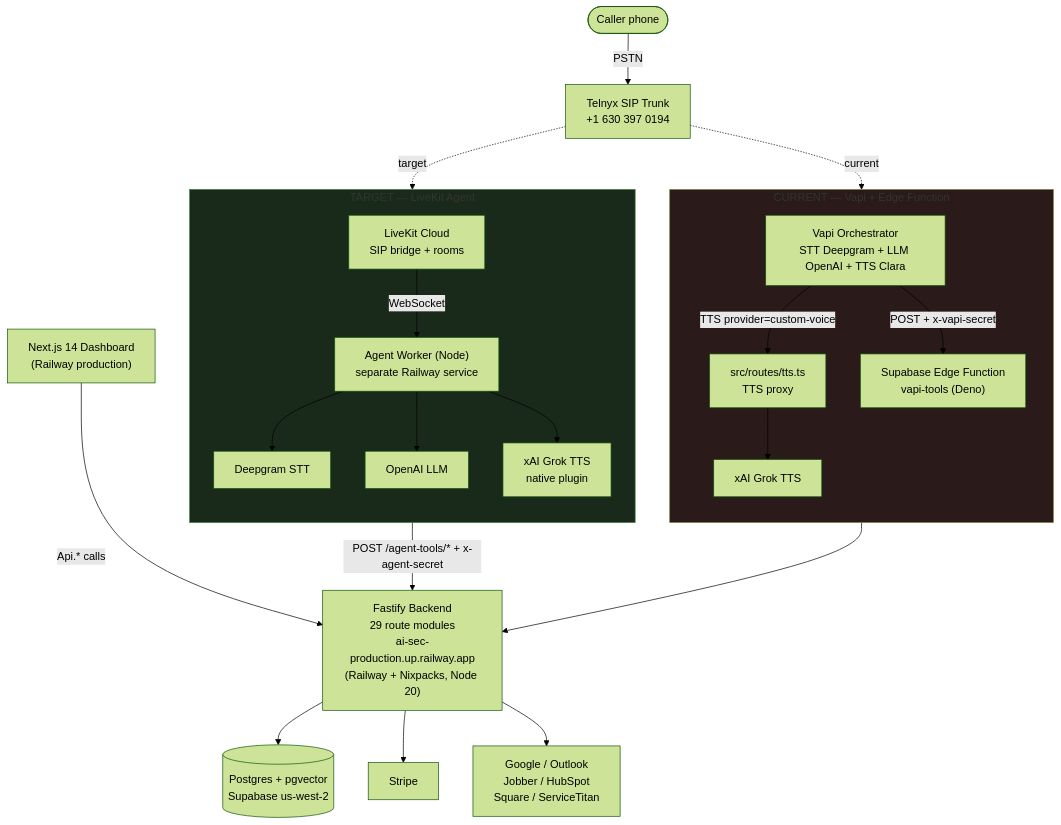
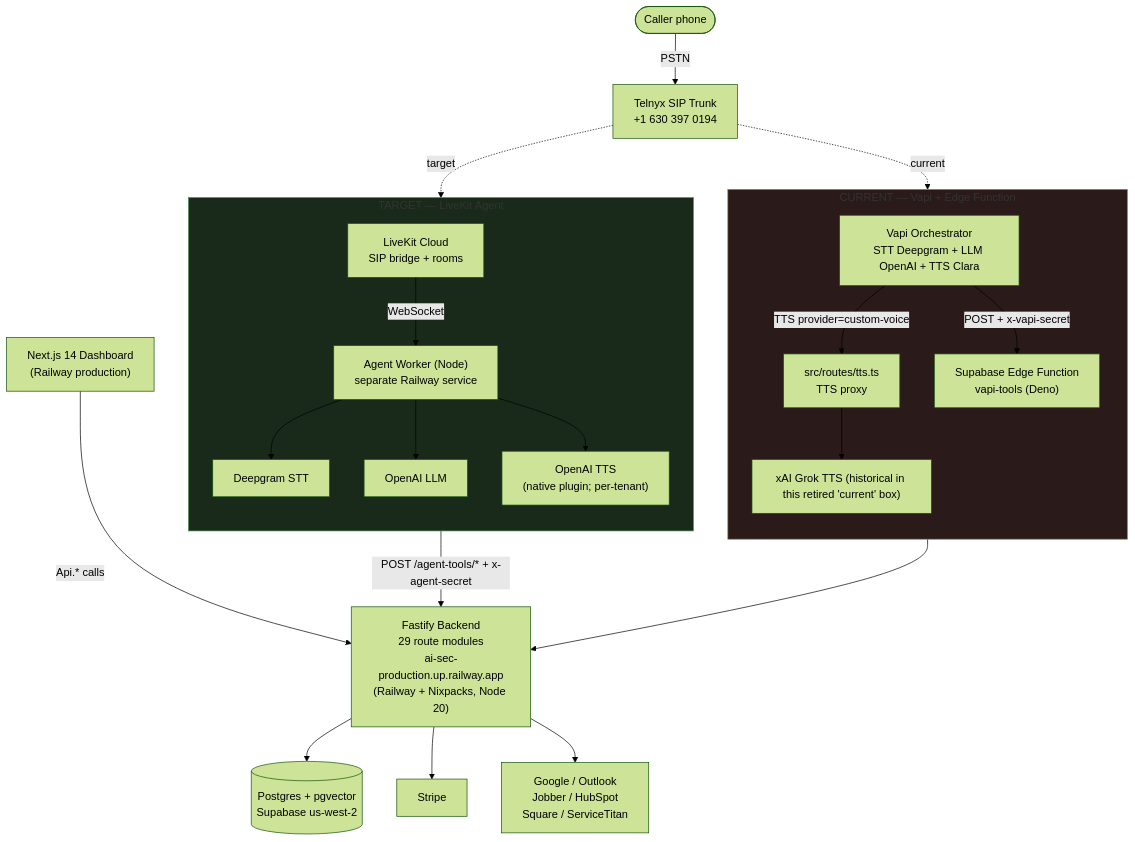
The diagram in docs/diagrams/01-deployment-topology.mmd (ddemott/ai-sec), drawn with Mermaid (forest theme) before and after one commit. The commit also changed 26 other files, not shown here.

First line of the commit message:
docs: voice agent playbook + sync md/diagrams to OpenAI-TTS state & correct counts (#111)

```diff
--- a/docs/diagrams/01-deployment-topology.mmd
+++ b/docs/diagrams/01-deployment-topology.mmd
@@ -1,49 +1,49 @@
 flowchart TB
   Caller([Caller phone])
   Telnyx["Telnyx SIP Trunk<br/>+1 630 397 0194"]
   Caller -->|PSTN| Telnyx
 
   subgraph curr["CURRENT — Vapi + Edge Function"]
     direction TB
     Vapi["Vapi Orchestrator<br/>STT Deepgram + LLM OpenAI + TTS Clara"]
     TTSProxy["src/routes/tts.ts<br/>TTS proxy"]
-    XAI["xAI Grok TTS"]
+    XAI["xAI Grok TTS (historical in this retired 'current' box)"]
     EdgeFn["Supabase Edge Function<br/>vapi-tools (Deno)"]
     Vapi -->|TTS provider=custom-voice| TTSProxy
     TTSProxy --> XAI
     Vapi -->|POST + x-vapi-secret| EdgeFn
   end
 
   subgraph tgt["TARGET — LiveKit Agent"]
     direction TB
     LiveKit["LiveKit Cloud<br/>SIP bridge + rooms"]
     Agent["Agent Worker (Node)<br/>separate Railway service"]
     DG["Deepgram STT"]
     OAI["OpenAI LLM"]
-    XAINative["xAI Grok TTS<br/>native plugin"]
+    TTSNative["OpenAI TTS<br/>(native plugin; per-tenant)"]
     LiveKit -->|WebSocket| Agent
     Agent --> DG
     Agent --> OAI
-    Agent --> XAINative
+    Agent --> TTSNative
   end
 
   Telnyx -.current.-> Vapi
   Telnyx -.target.-> LiveKit
 
   Fastify["Fastify Backend<br/>29 route modules<br/>ai-sec-production.up.railway.app<br/>(Railway + Nixpacks, Node 20)"]
 
   EdgeFn --> Fastify
   Agent -->|POST /agent-tools/* + x-agent-secret| Fastify
 
   Postgres[("Postgres + pgvector<br/>Supabase us-west-2")]
   Stripe["Stripe"]
   Integrations["Google / Outlook<br/>Jobber / HubSpot<br/>Square / ServiceTitan"]
   Dashboard["Next.js 14 Dashboard<br/>(Railway production)"]
 
   Fastify --> Postgres
   Fastify --> Stripe
   Fastify --> Integrations
   Dashboard -->|Api.* calls| Fastify
 
   style curr fill:#2a1a1a,stroke:#884
   style tgt fill:#1a2a1a,stroke:#484
```
